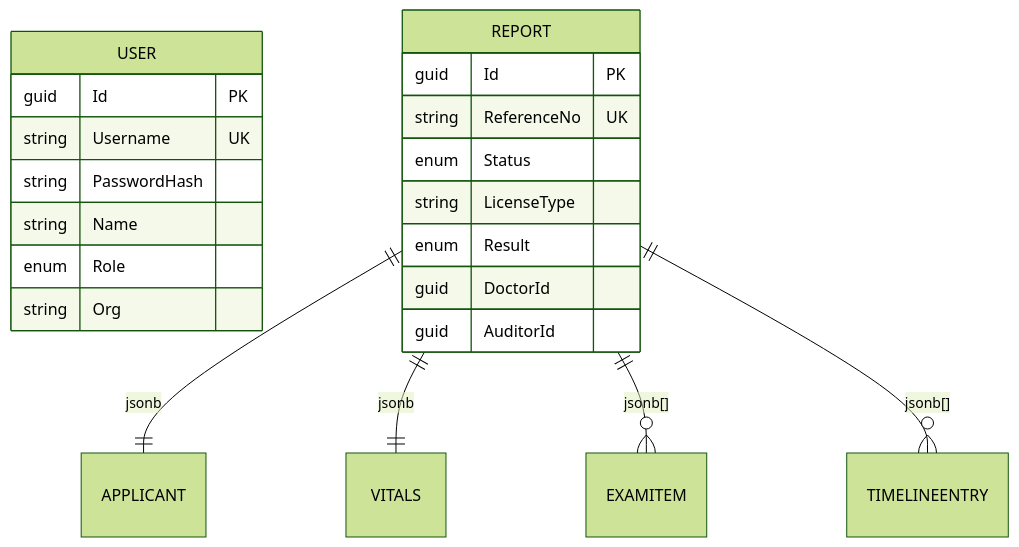
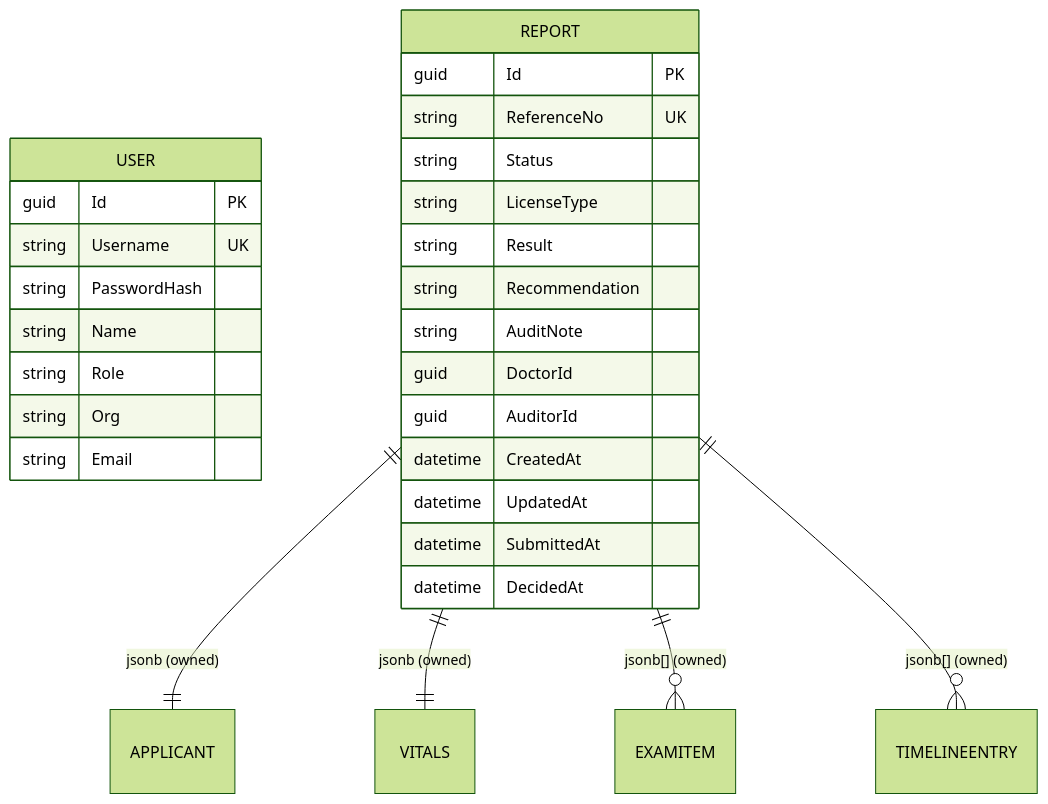
Before and after one commit to azizmf1/azizmf1: the fifth of 11 diagrams in ARCHITECTURE.md, drawn with Mermaid (forest theme). The commit also changed other lines of this file, not shown here.

First line of the commit message:
docs: rewrite ARCHITECTURE.md in English, comprehensive (C4, ADRs, NFRs)

````diff
--- a/ARCHITECTURE.md
+++ b/ARCHITECTURE.md
@@ -161,24 +362,31 @@
 ```mermaid
 erDiagram
   USER {
     guid Id PK
     string Username UK
     string PasswordHash
     string Name
-    enum Role
+    string Role
     string Org
+    string Email
   }
   REPORT {
     guid Id PK
     string ReferenceNo UK
-    enum Status
+    string Status
     string LicenseType
-    enum Result
+    string Result
+    string Recommendation
+    string AuditNote
     guid DoctorId
     guid AuditorId
+    datetime CreatedAt
+    datetime UpdatedAt
+    datetime SubmittedAt
+    datetime DecidedAt
   }
-  REPORT ||--|| APPLICANT : "jsonb"
-  REPORT ||--|| VITALS : "jsonb"
-  REPORT ||--o{ EXAMITEM : "jsonb[]"
-  REPORT ||--o{ TIMELINEENTRY : "jsonb[]"
+  REPORT ||--|| APPLICANT : "jsonb (owned)"
+  REPORT ||--|| VITALS : "jsonb (owned)"
+  REPORT ||--o{ EXAMITEM : "jsonb[] (owned)"
+  REPORT ||--o{ TIMELINEENTRY : "jsonb[] (owned)"
 ```
````
